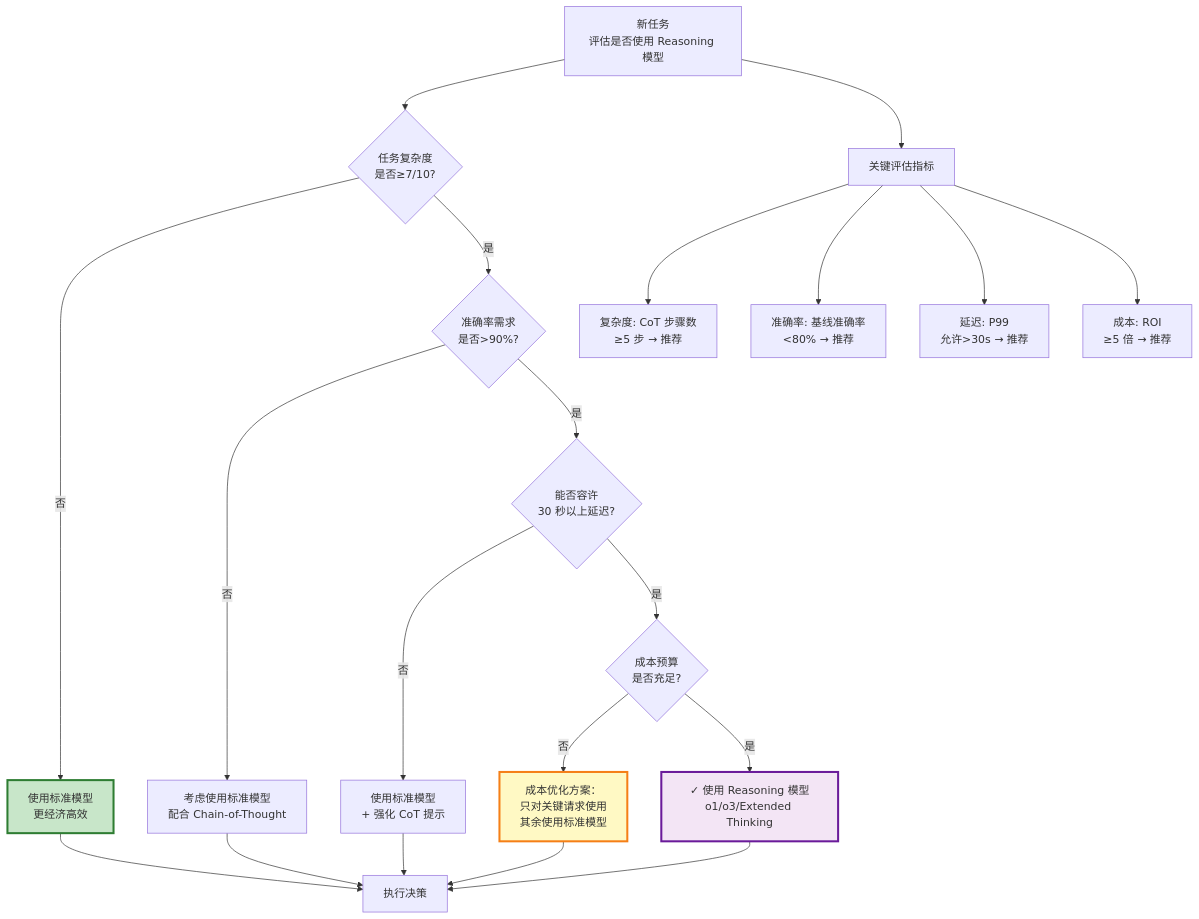
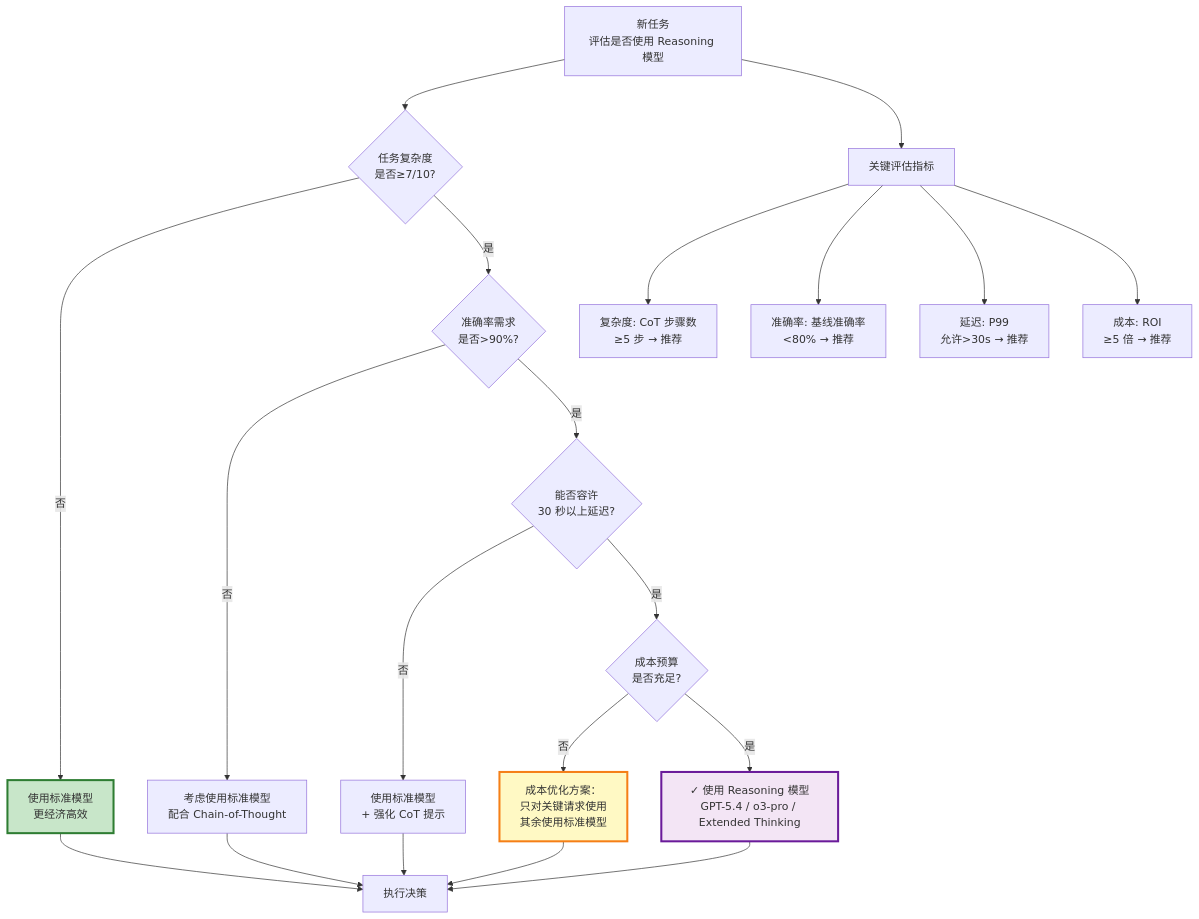
The second of 3 diagrams in 06_chain_of_thought/6.6_reasoning_decision_framework.md (changsongyang/prompt_engineering_guide), drawn with Mermaid before and after one commit. The commit also changed other lines of this file and 6 other files, not shown here.

````diff
--- a/06_chain_of_thought/6.6_reasoning_decision_framework.md
+++ b/06_chain_of_thought/6.6_reasoning_decision_framework.md
@@ -136,34 +136,34 @@
 ```mermaid
 graph TD
     Start["新任务<br/>评估是否使用 Reasoning 模型"]
 
     Start --> Q1{"任务复杂度<br/>是否≥7/10?"}
 
     Q1 -->|否| Use_Standard["使用标准模型<br/>更经济高效"]
     Q1 -->|是| Q2{"准确率需求<br/>是否>90%?"}
 
     Q2 -->|否| Consider["考虑使用标准模型<br/>配合 Chain-of-Thought"]
     Q2 -->|是| Q3{"能否容许<br/>30 秒以上延迟?"}
 
     Q3 -->|否| UseStandard_COT["使用标准模型<br/>+ 强化 CoT 提示"]
     Q3 -->|是| Q4{"成本预算<br/>是否充足?"}
 
     Q4 -->|否| UseOptimized["成本优化方案：<br/>只对关键请求使用<br/>其余使用标准模型"]
-    Q4 -->|是| UseReasoning["✓ 使用 Reasoning 模型<br/>o1/o3/Extended Thinking"]
+    Q4 -->|是| UseReasoning["✓ 使用 Reasoning 模型<br/>GPT-5.4 / o3-pro / Extended Thinking"]
 
     Start --> Metrics["关键评估指标"]
     Metrics --> M1["复杂度: CoT 步骤数<br/>≥5 步 → 推荐"]
     Metrics --> M2["准确率: 基线准确率<br/><80% → 推荐"]
     Metrics --> M3["延迟: P99<br/>允许>30s → 推荐"]
     Metrics --> M4["成本: ROI<br/>≥5 倍 → 推荐"]
 
     Use_Standard --> End["执行决策"]
     Consider --> End
     UseStandard_COT --> End
     UseOptimized --> End
     UseReasoning --> End
 
     style UseReasoning fill:#f3e5f5,stroke:#6a1b9a,stroke-width:3px
     style Use_Standard fill:#c8e6c9,stroke:#2e7d32,stroke-width:3px
     style UseOptimized fill:#fff9c4,stroke:#f57f17,stroke-width:3px
 ```
````
